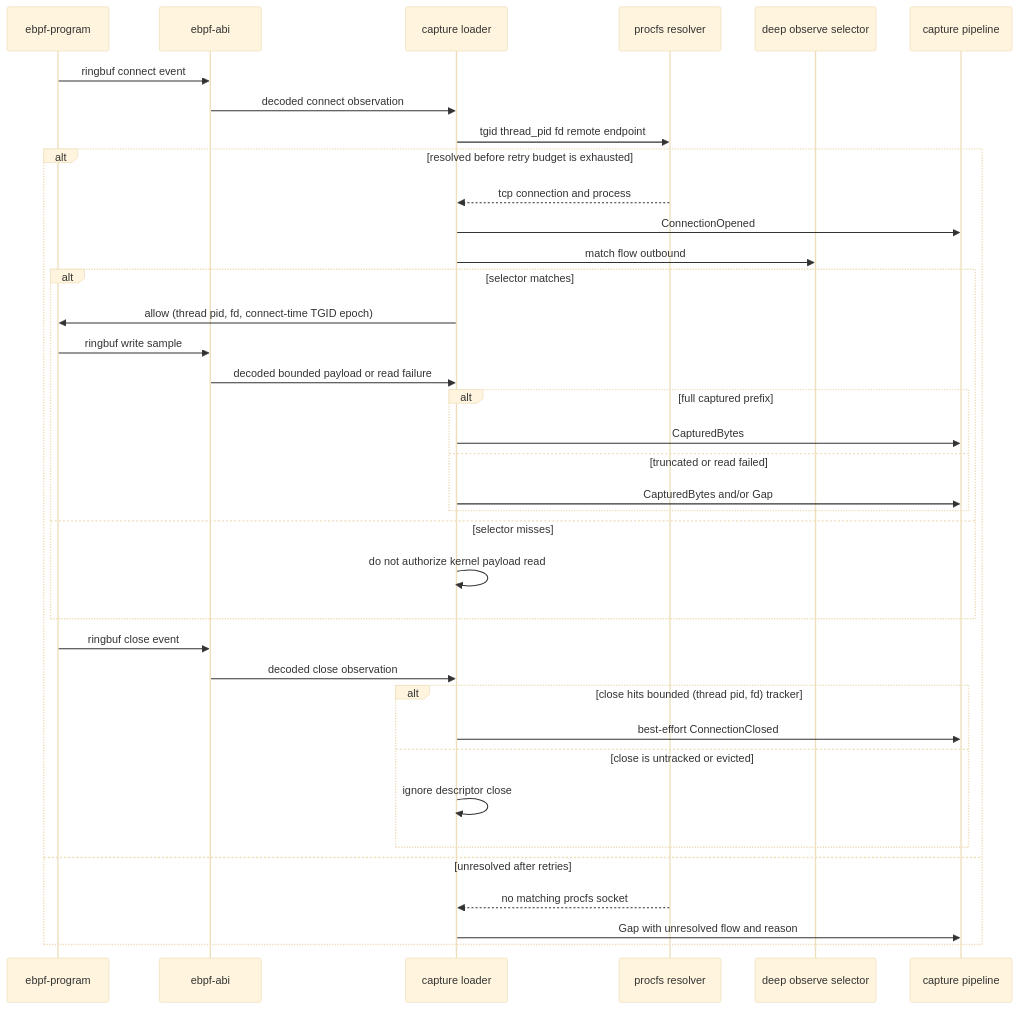
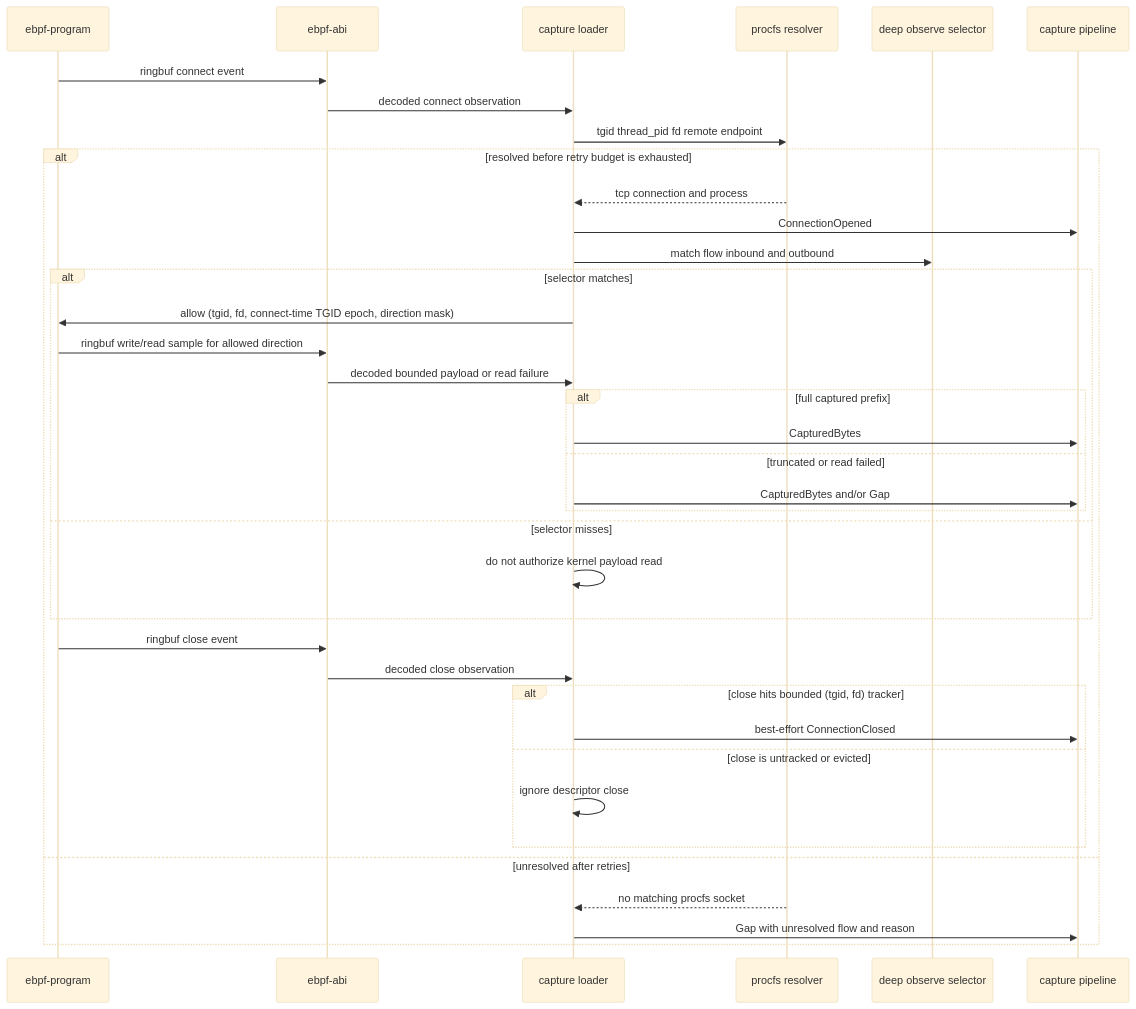
One commit to M4n5ter/probe changed the third of 7 diagrams in docs/design.md. Above: the diagram before and after it, drawn with Mermaid (base theme). The commit also changed other lines of this file and 25 other files, not shown here.

Commit message:
Add inbound eBPF read payload sampling

````diff
--- a/docs/design.md
+++ b/docs/design.md
@@ -304,40 +304,40 @@
 ```mermaid
 sequenceDiagram
     participant Program as ebpf-program
     participant Abi as ebpf-abi
     participant Loader as capture loader
     participant Resolver as procfs resolver
     participant Selector as deep observe selector
     participant Pipeline as capture pipeline
 
     Program->>Abi: ringbuf connect event
     Abi->>Loader: decoded connect observation
     Loader->>Resolver: tgid thread_pid fd remote endpoint
     alt resolved before retry budget is exhausted
         Resolver-->>Loader: tcp connection and process
         Loader->>Pipeline: ConnectionOpened
-        Loader->>Selector: match flow outbound
+        Loader->>Selector: match flow inbound and outbound
         alt selector matches
-            Loader->>Program: allow (thread pid, fd, connect-time TGID epoch)
-            Program->>Abi: ringbuf write sample
+            Loader->>Program: allow (tgid, fd, connect-time TGID epoch, direction mask)
+            Program->>Abi: ringbuf write/read sample for allowed direction
             Abi->>Loader: decoded bounded payload or read failure
             alt full captured prefix
                 Loader->>Pipeline: CapturedBytes
             else truncated or read failed
                 Loader->>Pipeline: CapturedBytes and/or Gap
             end
         else selector misses
             Loader->>Loader: do not authorize kernel payload read
         end
         Program->>Abi: ringbuf close event
         Abi->>Loader: decoded close observation
-        alt close hits bounded (thread pid, fd) tracker
+        alt close hits bounded (tgid, fd) tracker
             Loader->>Pipeline: best-effort ConnectionClosed
         else close is untracked or evicted
             Loader->>Loader: ignore descriptor close
         end
     else unresolved after retries
         Resolver-->>Loader: no matching procfs socket
         Loader->>Pipeline: Gap with unresolved flow and reason
     end
 ```
````
